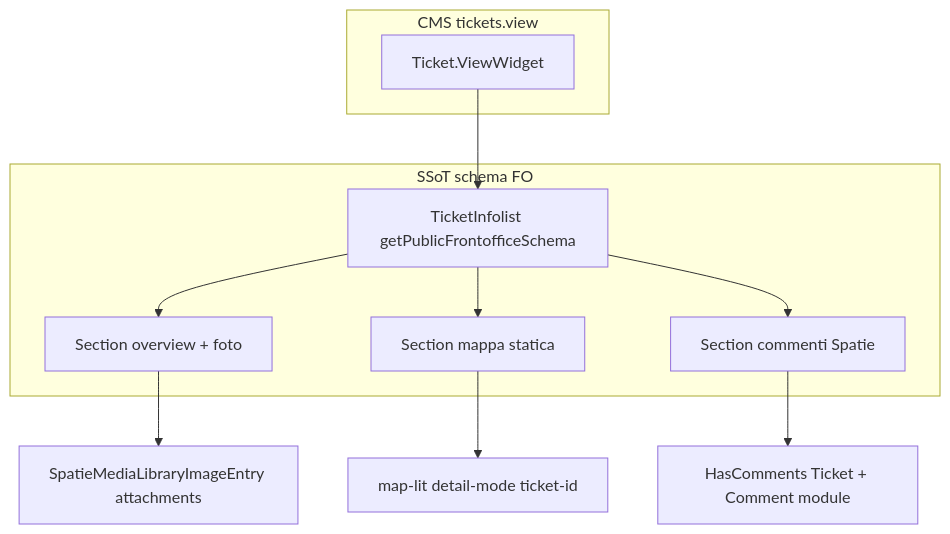
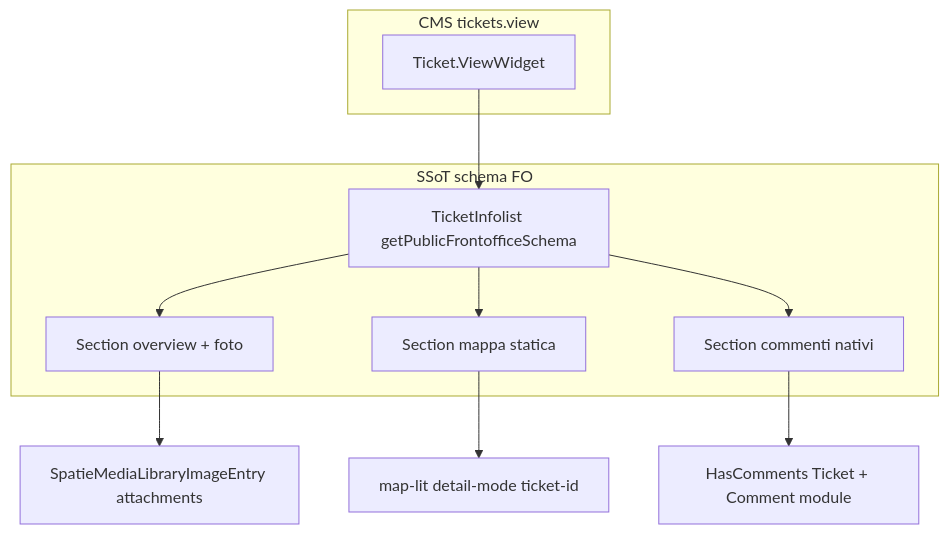
The diagram in docs/wiki/concepts/ticket-view-fo-enrichment-map-media-comments.md (laraxot/module_fixcity_fila5), drawn with Mermaid before and after one commit. The commit also changed other lines of this file and 66 other files, not shown here.

````diff
--- a/docs/wiki/concepts/ticket-view-fo-enrichment-map-media-comments.md
+++ b/docs/wiki/concepts/ticket-view-fo-enrichment-map-media-comments.md
@@ -53,16 +53,16 @@
 ```mermaid
 flowchart TB
     subgraph cms [CMS tickets.view]
         W[Ticket.ViewWidget]
     end
     subgraph sso [SSoT schema FO]
         I[TicketInfolist getPublicFrontofficeSchema]
         I --> O[Section overview + foto]
         I --> L[Section mappa statica]
-        I --> C[Section commenti Spatie]
+        I --> C[Section commenti nativi]
     end
     W --> I
     L --> ML[map-lit detail-mode ticket-id]
     O --> SP[SpatieMediaLibraryImageEntry attachments]
     C --> SC[HasComments Ticket + Comment module]
 ```
````
